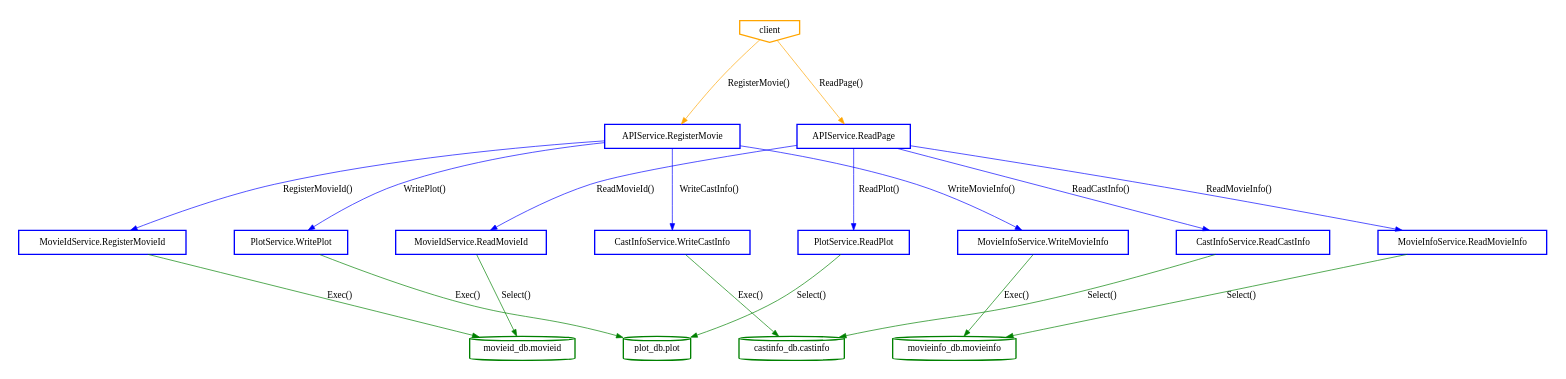
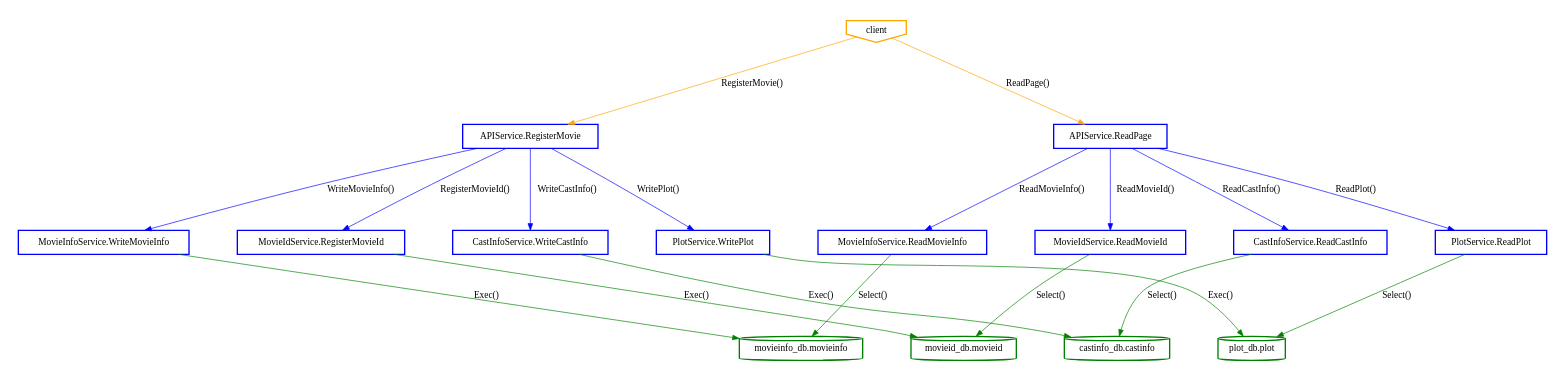
One commit to aletheia-microservices/aletheia changed the diagram in ssa_analysis/analyzer/output/dsb_media_sql/abstractcallgraph.dot. Above: the diagram before and after it, drawn with Graphviz. The commit also changed other lines of this file and 1260 other files, not shown here.

Commit message:
chore(apps): add untainted ssa graphs and update trainticket results

```diff
--- a/ssa_analysis/analyzer/output/dsb_media_sql/abstractcallgraph.dot
+++ b/ssa_analysis/analyzer/output/dsb_media_sql/abstractcallgraph.dot
@@ -1,47 +1,47 @@
 digraph G {
 	rankdir=TD;
 	ranksep=1.5;
 	nodesep=1;
 	subgraph cluster_clients {
 		style=invis;
 		N_client [label="client", style=bold, shape=invhouse, color="orange"];
 	}
 	subgraph cluster_services {
 		style=invis;
+		N_MovieInfoService_ReadMovieInfo [label="MovieInfoService.ReadMovieInfo", style=bold, shape=box, color="blue"];
+		N_MovieIdService_RegisterMovieId [label="MovieIdService.RegisterMovieId", style=bold, shape=box, color="blue"];
+		N_CastInfoService_ReadCastInfo [label="CastInfoService.ReadCastInfo", style=bold, shape=box, color="blue"];
 		N_PlotService_ReadPlot [label="PlotService.ReadPlot", style=bold, shape=box, color="blue"];
 		N_APIService_RegisterMovie [label="APIService.RegisterMovie", style=bold, shape=box, color="blue"];
-		N_PlotService_WritePlot [label="PlotService.WritePlot", style=bold, shape=box, color="blue"];
+		N_APIService_ReadPage [label="APIService.ReadPage", style=bold, shape=box, color="blue"];
 		N_MovieIdService_ReadMovieId [label="MovieIdService.ReadMovieId", style=bold, shape=box, color="blue"];
-		N_MovieIdService_RegisterMovieId [label="MovieIdService.RegisterMovieId", style=bold, shape=box, color="blue"];
 		N_MovieInfoService_WriteMovieInfo [label="MovieInfoService.WriteMovieInfo", style=bold, shape=box, color="blue"];
 		N_CastInfoService_WriteCastInfo [label="CastInfoService.WriteCastInfo", style=bold, shape=box, color="blue"];
-		N_APIService_ReadPage [label="APIService.ReadPage", style=bold, shape=box, color="blue"];
-		N_MovieInfoService_ReadMovieInfo [label="MovieInfoService.ReadMovieInfo", style=bold, shape=box, color="blue"];
-		N_CastInfoService_ReadCastInfo [label="CastInfoService.ReadCastInfo", style=bold, shape=box, color="blue"];
+		N_PlotService_WritePlot [label="PlotService.WritePlot", style=bold, shape=box, color="blue"];
 	}
 	subgraph cluster_databases {
 		style=invis;
 		N_movieid_db_movieid [label="movieid_db.movieid", style=bold, shape=cylinder, color="green"];
+		N_castinfo_db_castinfo [label="castinfo_db.castinfo", style=bold, shape=cylinder, color="green"];
 		N_movieinfo_db_movieinfo [label="movieinfo_db.movieinfo", style=bold, shape=cylinder, color="green"];
 		N_plot_db_plot [label="plot_db.plot", style=bold, shape=cylinder, color="green"];
-		N_castinfo_db_castinfo [label="castinfo_db.castinfo", style=bold, shape=cylinder, color="green"];
 	}
 	N_client -> N_APIService_ReadPage [label="ReadPage()", color=orange];
 	N_APIService_ReadPage -> N_MovieIdService_ReadMovieId [label="ReadMovieId()", color=blue];
 	N_APIService_ReadPage -> N_MovieInfoService_ReadMovieInfo [label="ReadMovieInfo()", color=blue];
 	N_APIService_ReadPage -> N_CastInfoService_ReadCastInfo [label="ReadCastInfo()", color=blue];
 	N_APIService_ReadPage -> N_PlotService_ReadPlot [label="ReadPlot()", color=blue];
 	N_MovieIdService_ReadMovieId -> N_movieid_db_movieid [label="Select()", color=green];
 	N_MovieInfoService_ReadMovieInfo -> N_movieinfo_db_movieinfo [label="Select()", color=green];
 	N_CastInfoService_ReadCastInfo -> N_castinfo_db_castinfo [label="Select()", color=green];
 	N_PlotService_ReadPlot -> N_plot_db_plot [label="Select()", color=green];
 	N_client -> N_APIService_RegisterMovie [label="RegisterMovie()", color=orange];
 	N_APIService_RegisterMovie -> N_MovieIdService_RegisterMovieId [label="RegisterMovieId()", color=blue];
 	N_APIService_RegisterMovie -> N_MovieInfoService_WriteMovieInfo [label="WriteMovieInfo()", color=blue];
 	N_APIService_RegisterMovie -> N_CastInfoService_WriteCastInfo [label="WriteCastInfo()", color=blue];
 	N_APIService_RegisterMovie -> N_PlotService_WritePlot [label="WritePlot()", color=blue];
 	N_MovieIdService_RegisterMovieId -> N_movieid_db_movieid [label="Exec()", color=green];
 	N_MovieInfoService_WriteMovieInfo -> N_movieinfo_db_movieinfo [label="Exec()", color=green];
 	N_CastInfoService_WriteCastInfo -> N_castinfo_db_castinfo [label="Exec()", color=green];
 	N_PlotService_WritePlot -> N_plot_db_plot [label="Exec()", color=green];
 }
```
